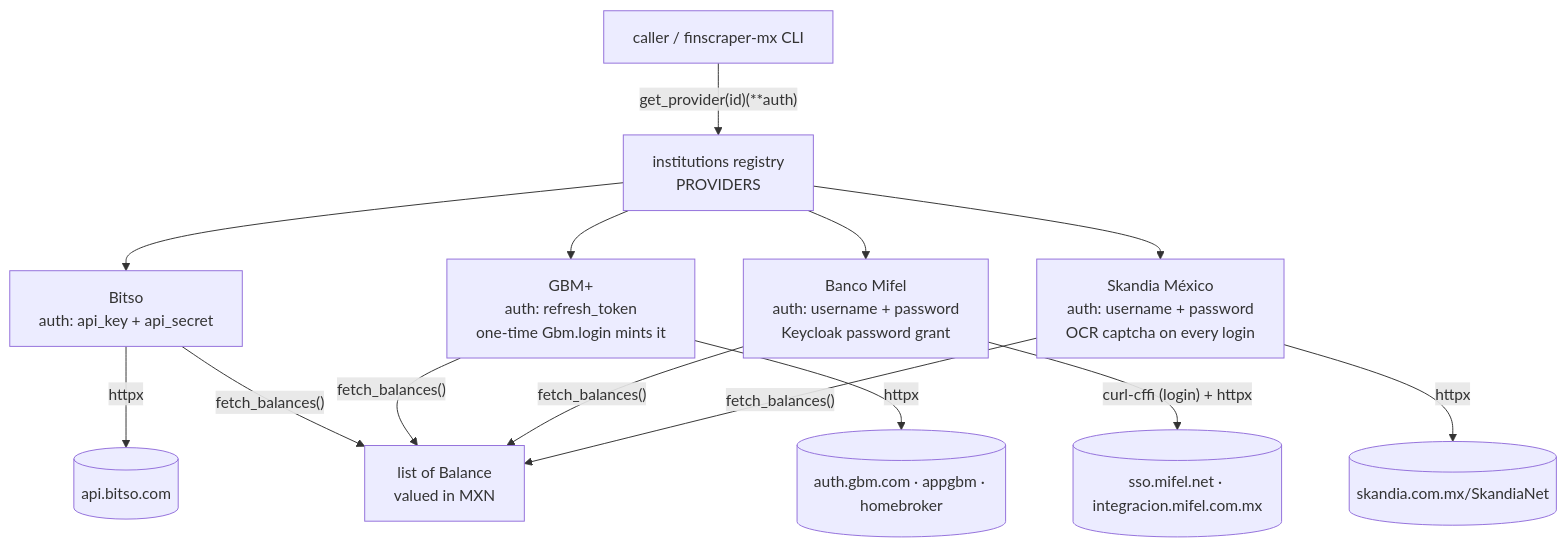
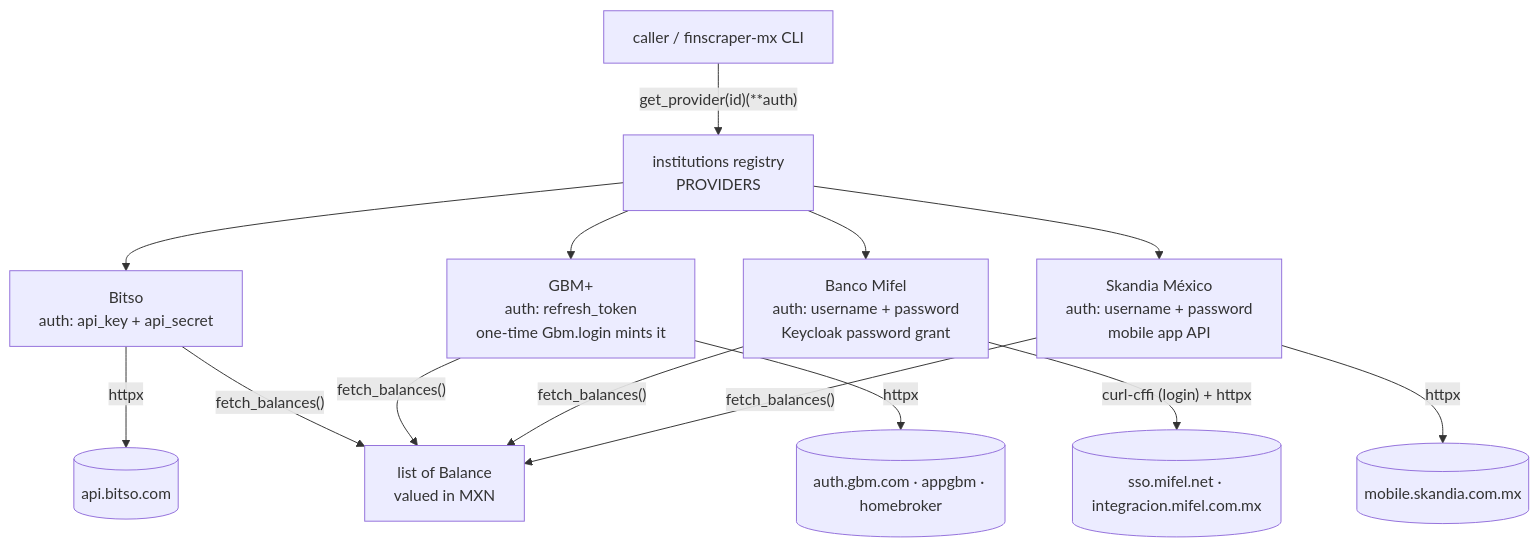
One commit to PaoloReyes/finscraper-mx changed the diagram in CLAUDE.md. Above: the diagram before and after it, drawn with Mermaid. The commit also changed other lines of this file and 13 other files, not shown here.

Commit message:
Skandia: switch to mobile-app login, drop tesseract

````diff
--- a/CLAUDE.md
+++ b/CLAUDE.md
@@ -26,16 +26,16 @@
 ```mermaid
 flowchart TD
   caller["caller / finscraper-mx CLI"] -->|"get_provider(id)(**auth)"| reg["institutions registry<br/>PROVIDERS"]
   reg --> bitso["Bitso<br/>auth: api_key + api_secret"]
   reg --> gbm["GBM+<br/>auth: refresh_token<br/>one-time Gbm.login mints it"]
   reg --> mifel["Banco Mifel<br/>auth: username + password<br/>Keycloak password grant"]
-  reg --> skandia["Skandia México<br/>auth: username + password<br/>OCR captcha on every login"]
+  reg --> skandia["Skandia México<br/>auth: username + password<br/>mobile app API"]
   bitso -->|"httpx"| bapi[("api.bitso.com")]
   gbm -->|"httpx"| gapi[("auth.gbm.com · appgbm · homebroker")]
   mifel -->|"curl-cffi (login) + httpx"| mapi[("sso.mifel.net · integracion.mifel.com.mx")]
-  skandia -->|"httpx"| sapi[("skandia.com.mx/SkandiaNet")]
+  skandia -->|"httpx"| sapi[("mobile.skandia.com.mx")]
   bitso -->|"fetch_balances()"| bal["list of Balance<br/>valued in MXN"]
   gbm -->|"fetch_balances()"| bal
   mifel -->|"fetch_balances()"| bal
   skandia -->|"fetch_balances()"| bal
 ```
````
